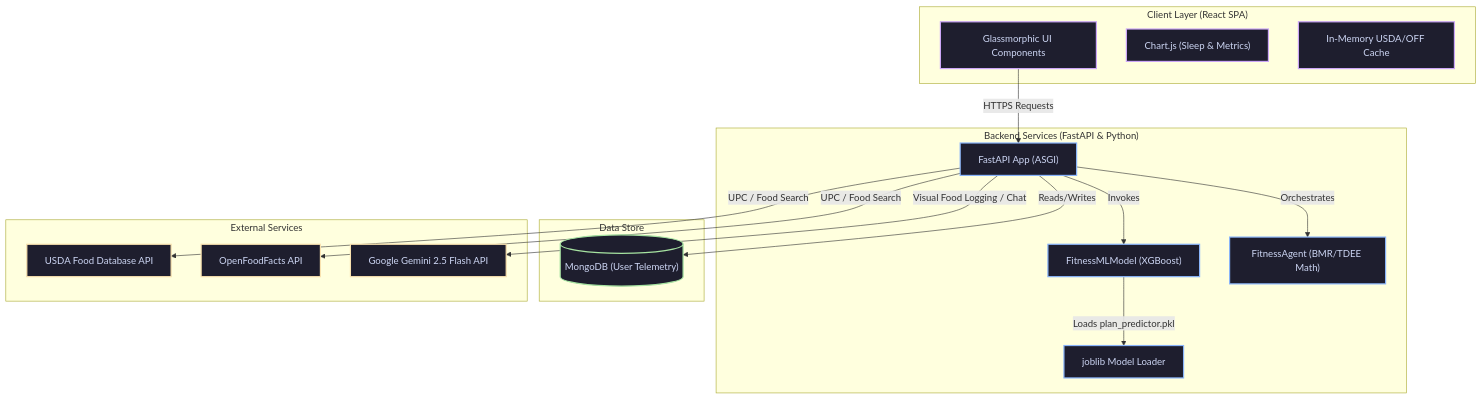
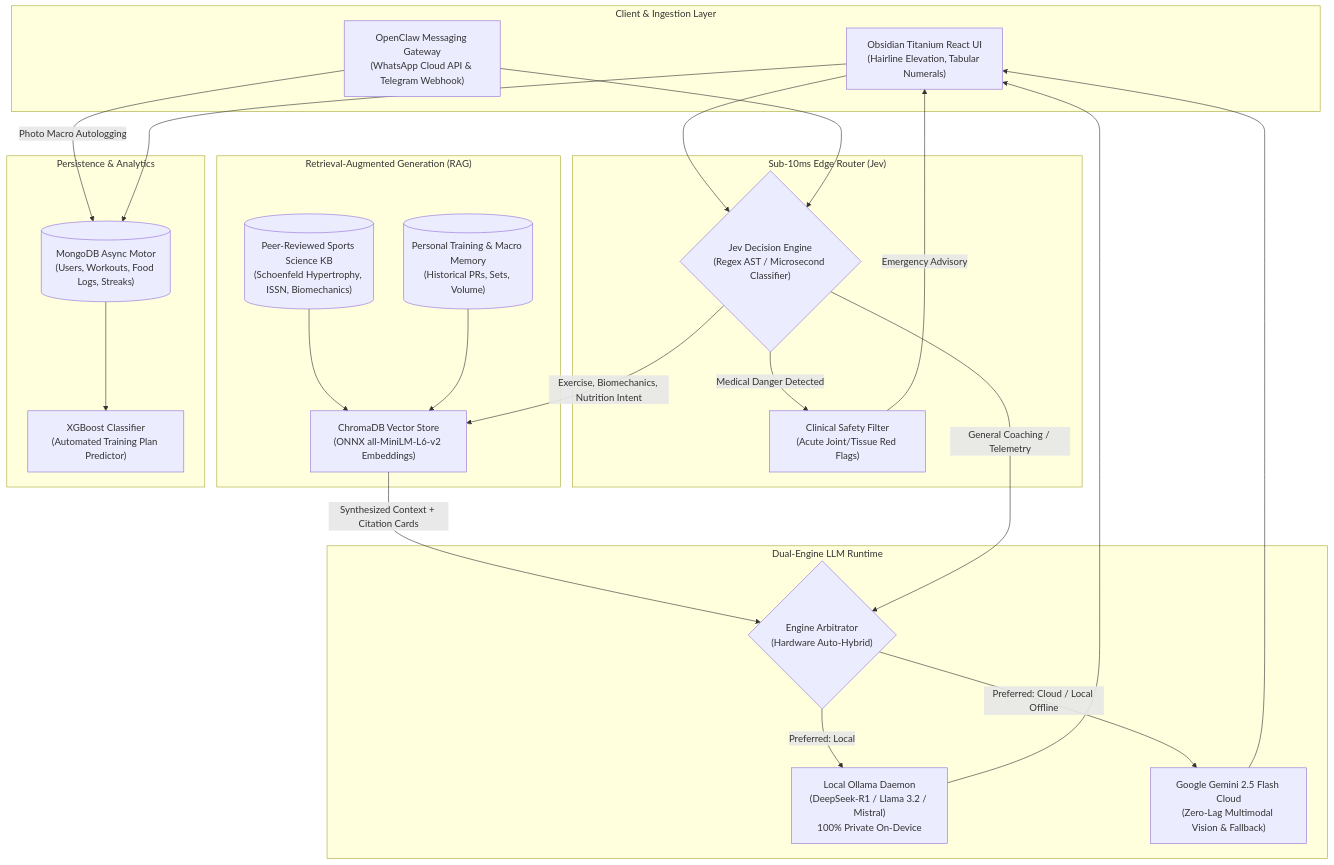
Before and after one commit to Parshav2304/ps_fitness: the diagram in README.md, drawn with Mermaid. The commit also changed other lines of this file and 51 other files, not shown here.

Commit message:
feat: overhaul README, create resume & LinkedIn portfolio showcase, and finalize full-stack AI architecture

````diff
--- a/README.md
+++ b/README.md
@@ -122,47 +35,48 @@
 ```mermaid
-graph TD
-    %% Define styles
-    classDef frontend fill:#1e1e2e,stroke:#cba6f7,stroke-width:2px,color:#cdd6f4;
-    classDef backend fill:#1e1e2e,stroke:#89b4fa,stroke-width:2px,color:#cdd6f4;
-    classDef db fill:#1e1e2e,stroke:#a6e3a1,stroke-width:2px,color:#cdd6f4;
-    classDef api fill:#1e1e2e,stroke:#f9e2af,stroke-width:2px,color:#cdd6f4;
+flowchart TD
+    subgraph ClientLayer ["Client & Ingestion Layer"]
+        UI["Obsidian Titanium React UI<br/>(Hairline Elevation, Tabular Numerals)"]
+        Mobile["OpenClaw Messaging Gateway<br/>(WhatsApp Cloud API & Telegram Webhook)"]
+    end
 
-    subgraph Client ["Client Layer (React SPA)"]
-        UI["Glassmorphic UI Components"]
-        ChartJS["Chart.js (Sleep & Metrics)"]
-        Cache["In-Memory USDA/OFF Cache"]
+    subgraph RoutingLayer ["Sub-10ms Edge Router (Jev)"]
+        Jev{"Jev Decision Engine<br/>(Regex AST / Microsecond Classifier)"}
+        Safety["Clinical Safety Filter<br/>(Acute Joint/Tissue Red Flags)"]
     end
-    class UI,ChartJS,Cache frontend;
 
-    subgraph Server ["Backend Services (FastAPI & Python)"]
-        API["FastAPI App (ASGI)"]
-        MLModel["FitnessMLModel (XGBoost)"]
-        Agent["FitnessAgent (BMR/TDEE Math)"]
-        Loader["joblib Model Loader"]
+    subgraph MemoryRAG ["Retrieval-Augmented Generation (RAG)"]
+        Chroma["ChromaDB Vector Store<br/>(ONNX all-MiniLM-L6-v2 Embeddings)"]
+        LitDB[("Peer-Reviewed Sports Science KB<br/>(Schoenfeld Hypertrophy, ISSN, Biomechanics)")]
+        UserHistory[("Personal Training & Macro Memory<br/>(Historical PRs, Sets, Volume)")]
     end
-    class API,MLModel,Agent,Loader backend;
 
-    subgraph Database ["Data Store"]
-        MongoDB[("MongoDB (User Telemetry)")]
+    subgraph DualEngine ["Dual-Engine LLM Runtime"]
+        Switcher{"Engine Arbitrator<br/>(Hardware Auto-Hybrid)"}
+        Ollama["Local Ollama Daemon<br/>(DeepSeek-R1 / Llama 3.2 / Mistral)<br/>100% Private On-Device"]
+        Gemini["Google Gemini 2.5 Flash Cloud<br/>(Zero-Lag Multimodal Vision & Fallback)"]
     end
-    class MongoDB db;
 
-    subgraph External ["External Services"]
-        USDA["USDA Food Database API"]
-        OFF["OpenFoodFacts API"]
-        Gemini["Google Gemini 2.5 Flash API"]
+    subgraph StorageLayer ["Persistence & Analytics"]
+        Mongo[("MongoDB Async Motor<br/>(Users, Workouts, Food Logs, Streaks)")]
+        ML["XGBoost Classifier<br/>(Automated Training Plan Predictor)"]
     end
-    class USDA,OFF,Gemini api;
 
-    %% Data Flows
-    UI -->|HTTPS Requests| API
-    API -->|Reads/Writes| MongoDB
-    API -->|Invokes| MLModel
-    API -->|Orchestrates| Agent
-    MLModel -->|Loads plan_predictor.pkl| Loader
-    
-    %% API Integrations
-    API -->|UPC / Food Search| USDA
-    API -->|UPC / Food Search| OFF
-    API -->|Visual Food Logging / Chat| Gemini
+    UI --> Jev
+    Mobile --> Jev
+    Jev -->|Medical Danger Detected| Safety
+    Safety -->|Emergency Advisory| UI
+    Jev -->|Exercise, Biomechanics, Nutrition Intent| Chroma
+    LitDB --> Chroma
+    UserHistory --> Chroma
+    Chroma -->|Synthesized Context + Citation Cards| Switcher
+    Jev -->|General Coaching / Telemetry| Switcher
+
+    Switcher -->|Preferred: Local| Ollama
+    Switcher -->|Preferred: Cloud / Local Offline| Gemini
+
+    Ollama --> UI
+    Gemini --> UI
+    Mobile -->|Photo Macro Autologging| Mongo
+    UI --> Mongo
+    Mongo --> ML
 ```
````
